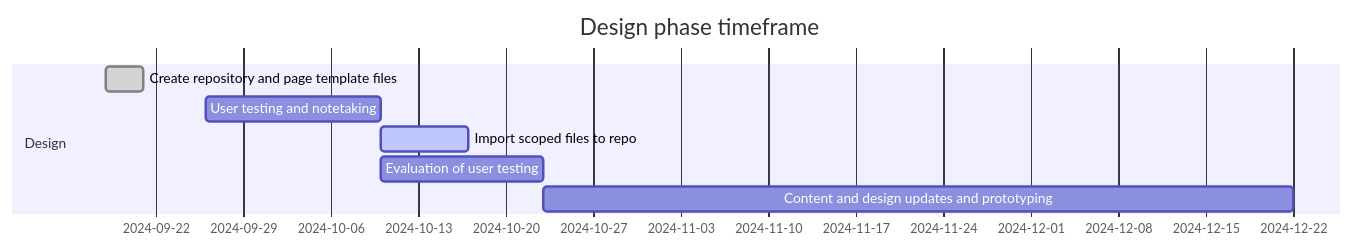
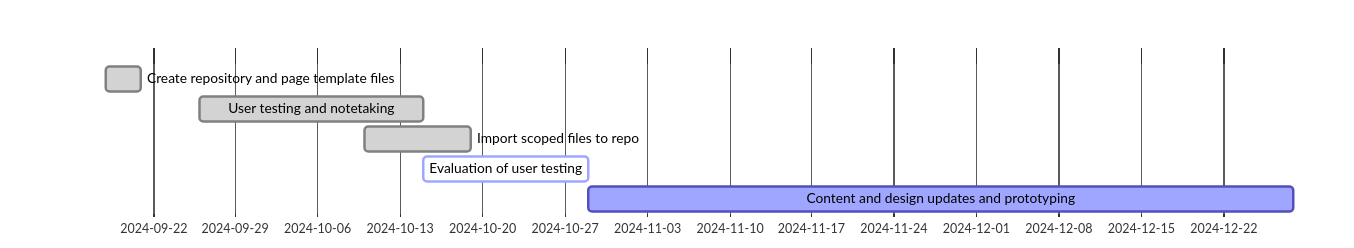
One commit to cra-proto/gst-hst-business changed the first of 2 diagrams in README.md. Above: the diagram before and after it, drawn with Mermaid.

````diff
--- a/README.md
+++ b/README.md
@@ -32,11 +32,28 @@
 ```mermaid
+%%{
+  init: {
+    'darkMode': false, 
+    'theme': 'base',
+    'themeVariables': {
+      'primaryColor': '#9FA6FF',
+      'primaryTextColor': '#000',
+      'primaryBorderColor': '#534FBC',
+      'lineColor': '#F8B229',
+      'secondaryColor': '#FF0000',
+      'textColor': '#000', 
+      'secondaryTextColor': '#FF0000',
+      'tertiaryColor': '#FFFFFF', 
+      'tertiaryTextColor': '#FFF'
+    }
+  }
+}%%
 gantt
     title Design phase timeframe
     dateFormat  YYYY-MM-DD
     section Design
     Create repository and page template files :done, a1, 2024-09-18, 3d
-    User testing and notetaking :b1, 2024-09-26, 14d
-    Import scoped files to repo :active, a2, 2024-10-10, 7d
-    Evaluation of user testing :b2, after b1, 13d
+    User testing and notetaking :done, b1, 2024-09-26, 19d
+    Import scoped files to repo :done, a2, 2024-10-10, 9d
+    Evaluation of user testing :active, b2, after b1, 14d
     Content and design updates and prototyping :after b2, 60d
 ```
````
